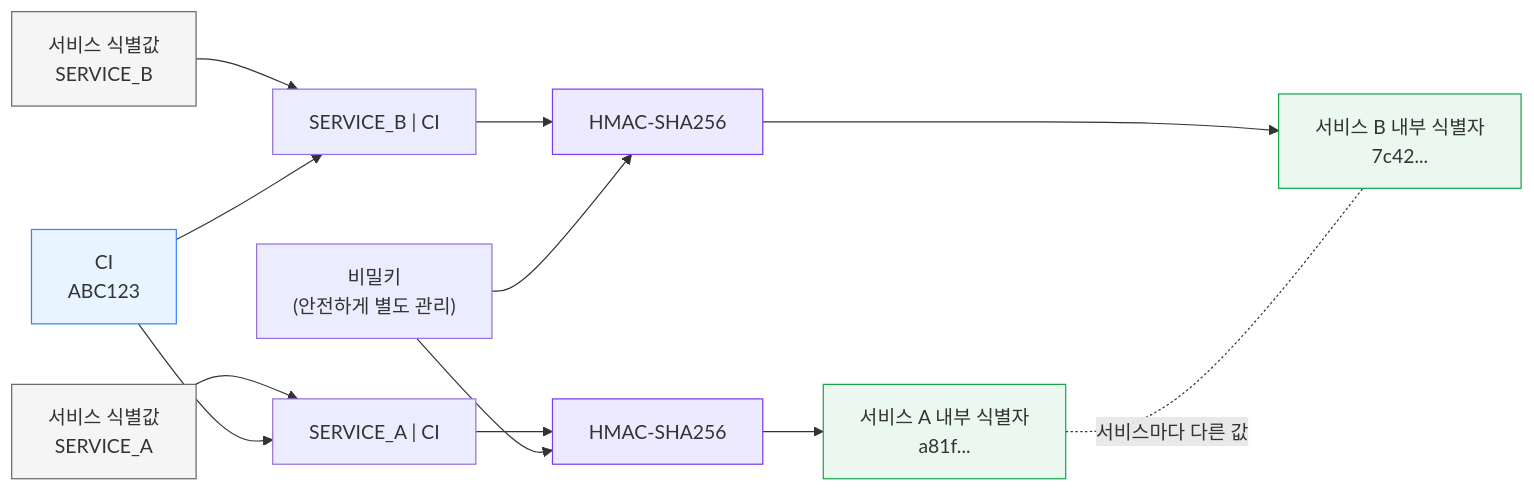
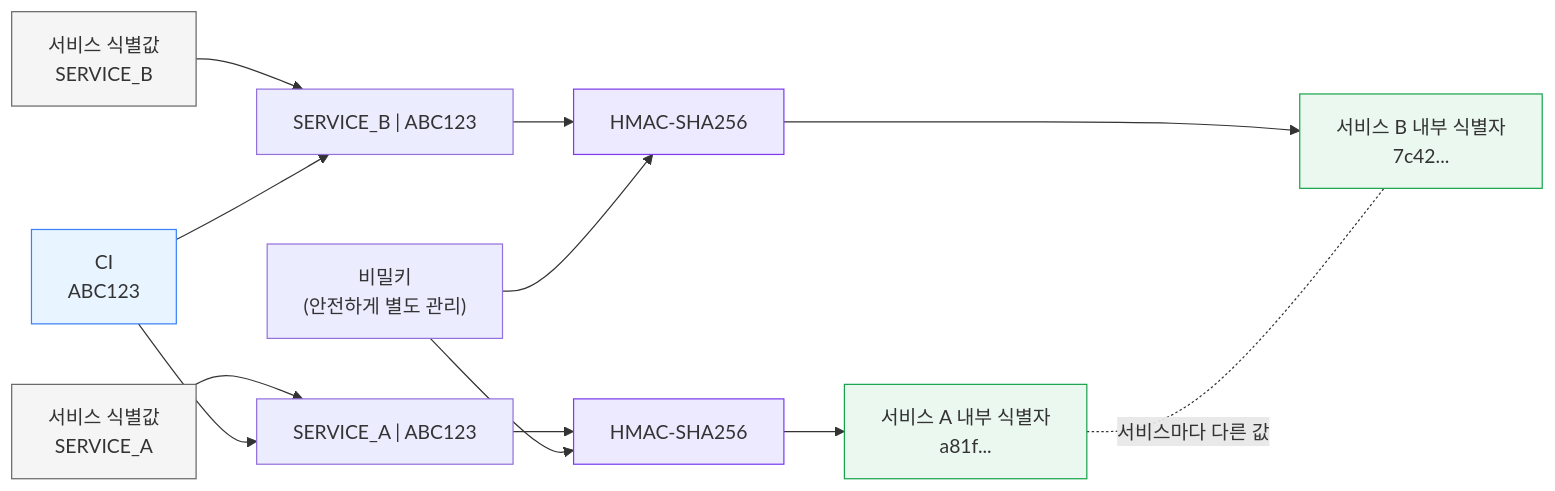
Before and after one commit to sanghoon-lee/sanghoon-lee.github.io: the third of 4 diagrams in _posts/2026-07-22-ci-di.md, drawn with Mermaid.

Commit message:
CI,DI 포스팅 추가

````diff
--- a/_posts/2026-07-22-ci-di.md
+++ b/_posts/2026-07-22-ci-di.md
@@ -123,39 +123,39 @@
 ```mermaid
 flowchart LR
     CI["CI<br/>ABC123"]
     Key["비밀키<br/>(안전하게 별도 관리)"]
 
     ServiceA["서비스 식별값<br/>SERVICE_A"]
     ServiceB["서비스 식별값<br/>SERVICE_B"]
 
-    InputA["SERVICE_A | CI"]
-    InputB["SERVICE_B | CI"]
+    InputA["SERVICE_A | ABC123"]
+    InputB["SERVICE_B | ABC123"]
 
     HMACA["HMAC-SHA256"]
     HMACB["HMAC-SHA256"]
 
     InternalA["서비스 A 내부 식별자<br/>a81f..."]
     InternalB["서비스 B 내부 식별자<br/>7c42..."]
 
     ServiceA --> InputA
     CI --> InputA
     InputA --> HMACA
     Key --> HMACA
     HMACA --> InternalA
 
     ServiceB --> InputB
     CI --> InputB
     InputB --> HMACB
     Key --> HMACB
     HMACB --> InternalB
 
     InternalA -. "서비스마다 다른 값" .- InternalB
 
     style CI fill:#e8f4ff,stroke:#3b82f6
     style ServiceA fill:#f5f5f5,stroke:#666
     style ServiceB fill:#f5f5f5,stroke:#666
     style HMACA fill:#ede9fe,stroke:#7c3aed
     style HMACB fill:#ede9fe,stroke:#7c3aed
     style InternalA fill:#eaf8ef,stroke:#16a34a
     style InternalB fill:#eaf8ef,stroke:#16a34a
 ```
````
